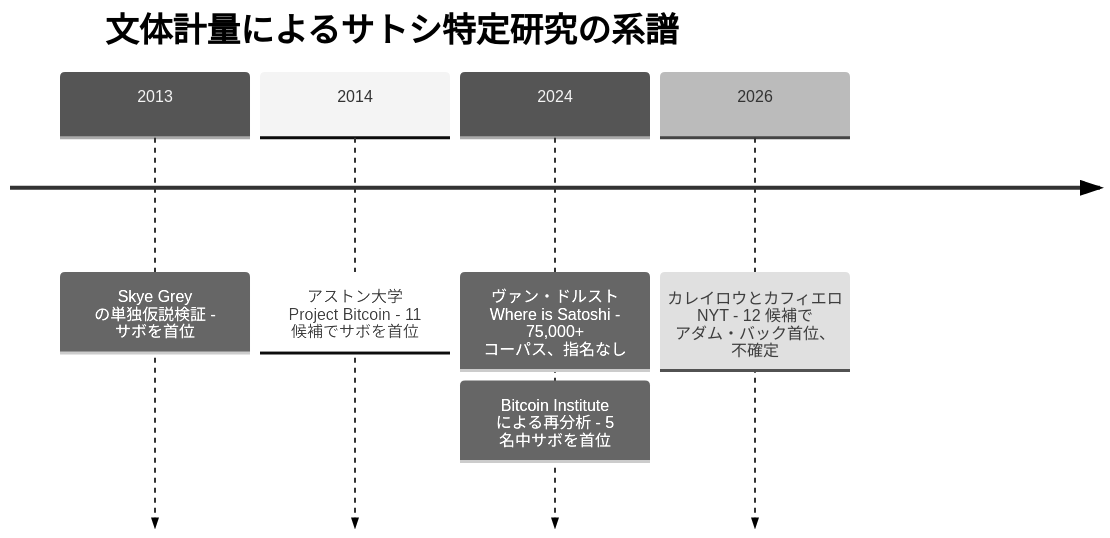
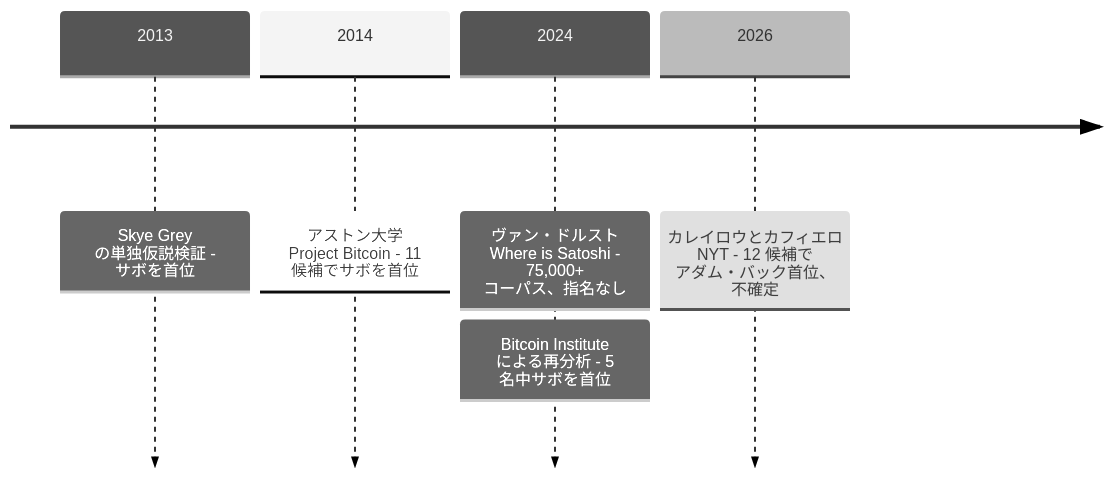
One commit to cypher256/BitcoinArchive changed the diagram in src/data/translations/ja/analysis/2026-05-03-van-dorst-corpus-reanalysis-named-candidates.md. Above: the diagram before and after it, drawn with Mermaid (neutral theme). The commit also changed other lines of this file and 50 other files, not shown here.

````diff
--- a/src/data/translations/ja/analysis/2026-05-03-van-dorst-corpus-reanalysis-named-candidates.md
+++ b/src/data/translations/ja/analysis/2026-05-03-van-dorst-corpus-reanalysis-named-candidates.md
@@ -114,9 +116,8 @@
 ```mermaid
 timeline
-    title 文体計量によるサトシ特定研究の系譜
     2013 : Skye Grey の単独仮説検証 - サボを首位
     2014 : アストン大学 Project Bitcoin - 11 候補でサボを首位
     2024 : ヴァン・ドルスト Where is Satoshi - 75,000+ コーパス、指名なし
          : Bitcoin Institute による再分析 - 5 名中サボを首位
     2026 : カレイロウとカフィエロ NYT - 12 候補で アダム・バック首位、 不確定
 ```
````
